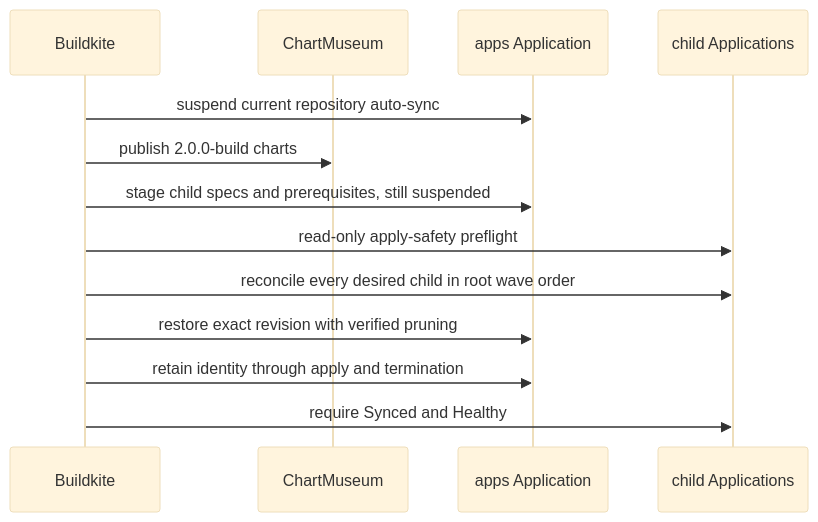
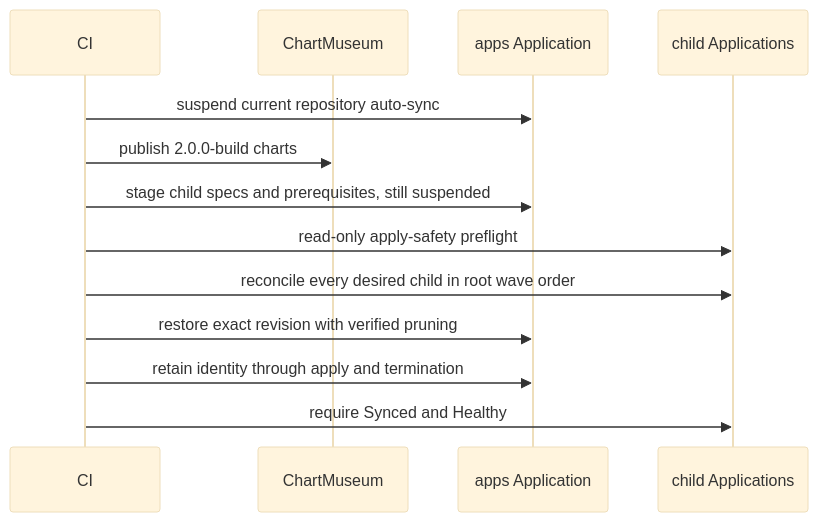
Before and after one commit to shepherdjerred/monorepo: the diagram in packages/docs/wiki/src/content/docs/explanation/homelab/release-safety.md, drawn with Mermaid (base theme). The commit also changed other lines of this file and 54 other files, not shown here.

````diff
--- a/packages/docs/wiki/src/content/docs/explanation/homelab/release-safety.md
+++ b/packages/docs/wiki/src/content/docs/explanation/homelab/release-safety.md
@@ -12,18 +12,18 @@
 ```mermaid
 sequenceDiagram
   accTitle: Homelab release sequence
-  accDescr: One Buildkite release command suspends floating auto-sync, publishes an immutable chart set, stages exact child specifications and root prerequisites while children remain suspended, preflights and reconciles child workloads, restores the exact root tree with safe pruning, and checks scoped health.
-  participant BK as Buildkite
+  accDescr: One CI release command suspends floating auto-sync, publishes an immutable chart set, stages exact child specifications and root prerequisites while children remain suspended, preflights and reconciles child workloads, restores the exact root tree with safe pruning, and checks scoped health.
+  participant BK as CI
   participant CM as ChartMuseum
   participant Root as apps Application
   participant Child as child Applications
 
   BK->>Root: suspend current repository auto-sync
   BK->>CM: publish 2.0.0-build charts
   BK->>Root: stage child specs and prerequisites, still suspended
   BK->>Child: read-only apply-safety preflight
   BK->>Child: reconcile every desired child in root wave order
   BK->>Root: restore exact revision with verified pruning
   BK->>Root: retain identity through apply and termination
   BK->>Child: require Synced and Healthy
 ```
````
